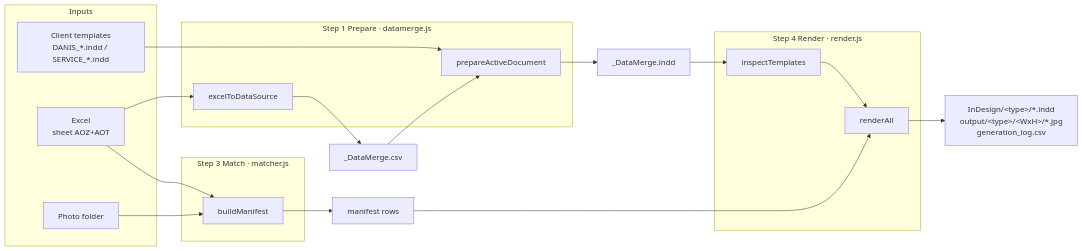
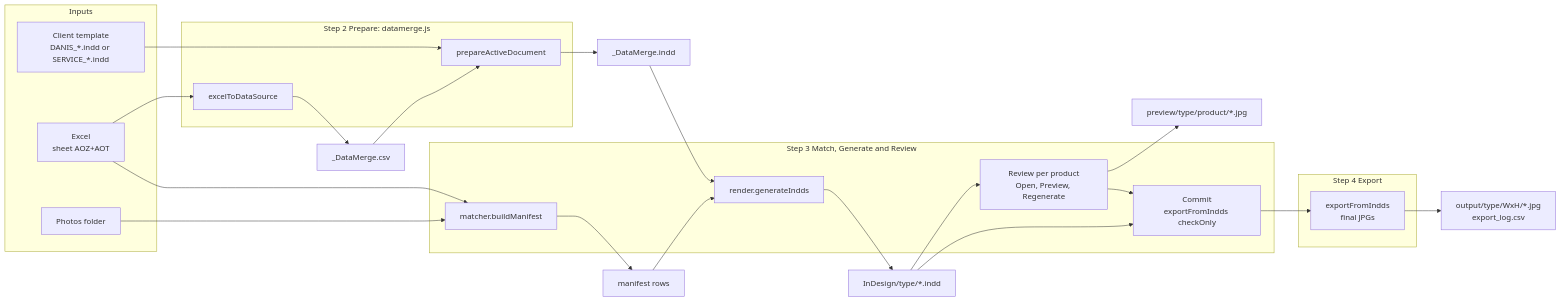
One commit to br0cc0lili/Territory_InDesign_Capsule changed the first of 7 diagrams in docs/ARCHITECTURE.md. Above: the diagram before and after it, drawn with Mermaid. The commit also changed other lines of this file, not shown here.

````diff
--- a/docs/ARCHITECTURE.md
+++ b/docs/ARCHITECTURE.md
@@ -112,31 +122,36 @@
 ```mermaid
 flowchart LR
     subgraph Inputs
-        T[Client templates<br/>DANIS_*.indd / SERVICE_*.indd]
+        T[Client template<br/>DANIS_*.indd or SERVICE_*.indd]
         X[Excel<br/>sheet AOZ+AOT]
-        P[Photo folder]
+        P[Photos folder]
     end
 
-    subgraph Prepare[Step 1 Prepare · datamerge.js]
+    subgraph Prepare[Step 2 Prepare: datamerge.js]
         C[excelToDataSource]
         D[prepareActiveDocument]
     end
 
-    subgraph Match[Step 3 Match · matcher.js]
-        M[buildManifest]
+    subgraph Step3[Step 3 Match, Generate and Review]
+        M[matcher.buildManifest]
+        G[render.generateIndds]
+        R[Review per product<br/>Open, Preview, Regenerate]
+        K[Commit<br/>exportFromIndds checkOnly]
     end
 
-    subgraph Render[Step 4 Render · render.js]
-        I[inspectTemplates]
-        R[renderAll]
+    subgraph Step4[Step 4 Export]
+        E[exportFromIndds<br/>final JPGs]
     end
 
     X --> C --> CSV[_DataMerge.csv]
     T --> D
     CSV --> D --> DM[_DataMerge.indd]
     X --> M
     P --> M --> MR[manifest rows]
-    DM --> I --> R
-    MR --> R
-    R --> OUT[InDesign/&lt;type&gt;/*.indd<br/>output/&lt;type&gt;/&lt;WxH&gt;/*.jpg<br/>generation_log.csv]
+    DM --> G
+    MR --> G --> IND[InDesign/type/*.indd]
+    IND --> R --> PV[preview/type/product/*.jpg]
+    R --> K
+    IND --> K --> E
+    E --> OUT[output/type/WxH/*.jpg<br/>export_log.csv]
 ```
````
